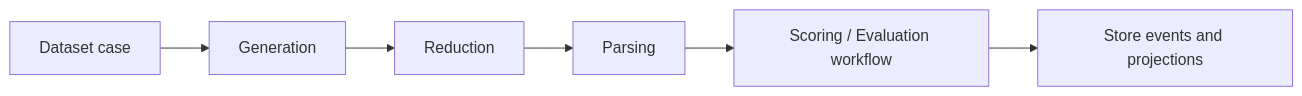
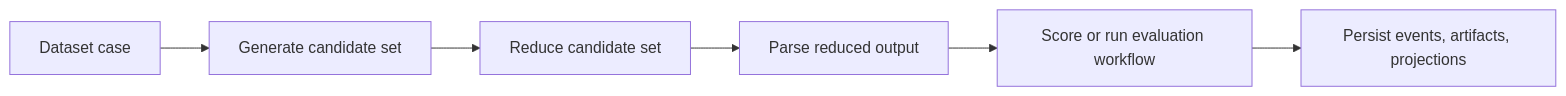
Before and after one commit to Pittawat2542/themis: the diagram in docs/explanation/case-lifecycle.md, drawn with Mermaid. The commit also changed other lines of this file and 24 other files, not shown here.

Commit message:
docs: add diagrams across user-facing guides

````diff
--- a/docs/explanation/case-lifecycle.md
+++ b/docs/explanation/case-lifecycle.md
@@ -18,8 +20,8 @@
 ```mermaid
 flowchart LR
-    A["Dataset case"] --> B["Generation"]
-    B --> C["Reduction"]
-    C --> D["Parsing"]
-    D --> E["Scoring / Evaluation workflow"]
-    E --> F["Store events and projections"]
+    A["Dataset case"] --> B["Generate candidate set"]
+    B --> C["Reduce candidate set"]
+    C --> D["Parse reduced output"]
+    D --> E["Score or run evaluation workflow"]
+    E --> F["Persist events, artifacts, projections"]
 ```
````
